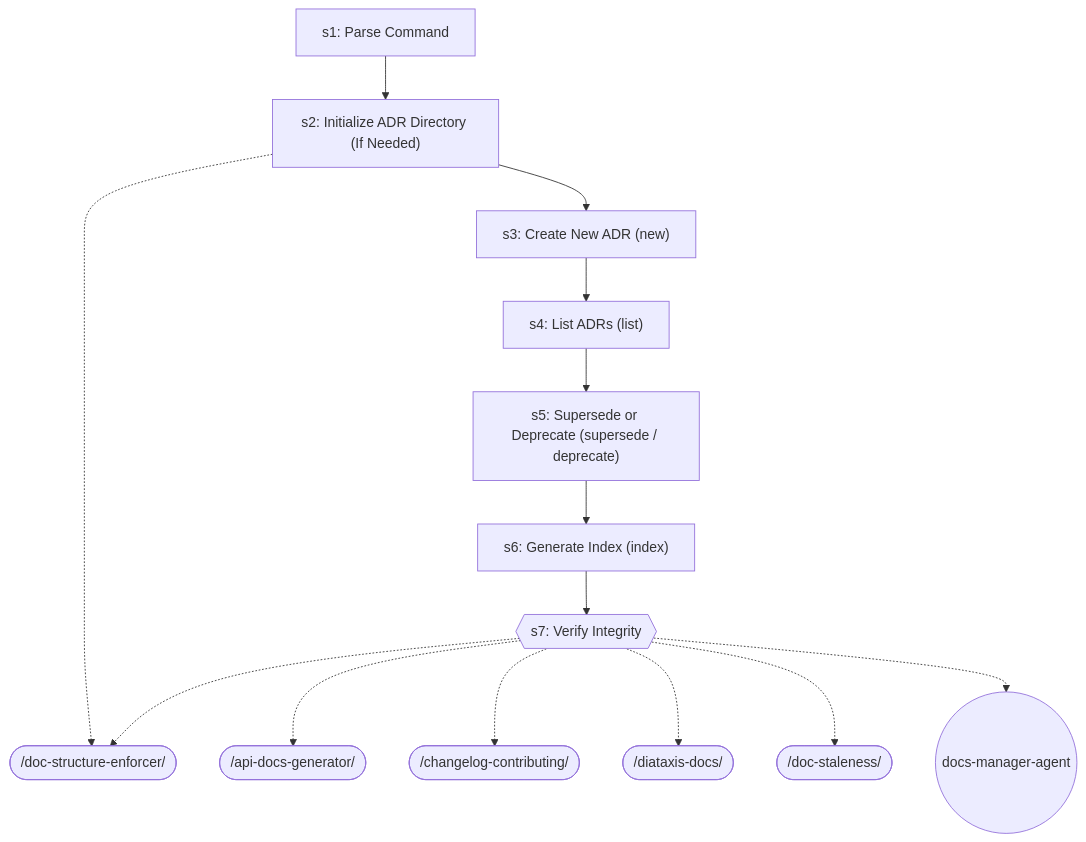
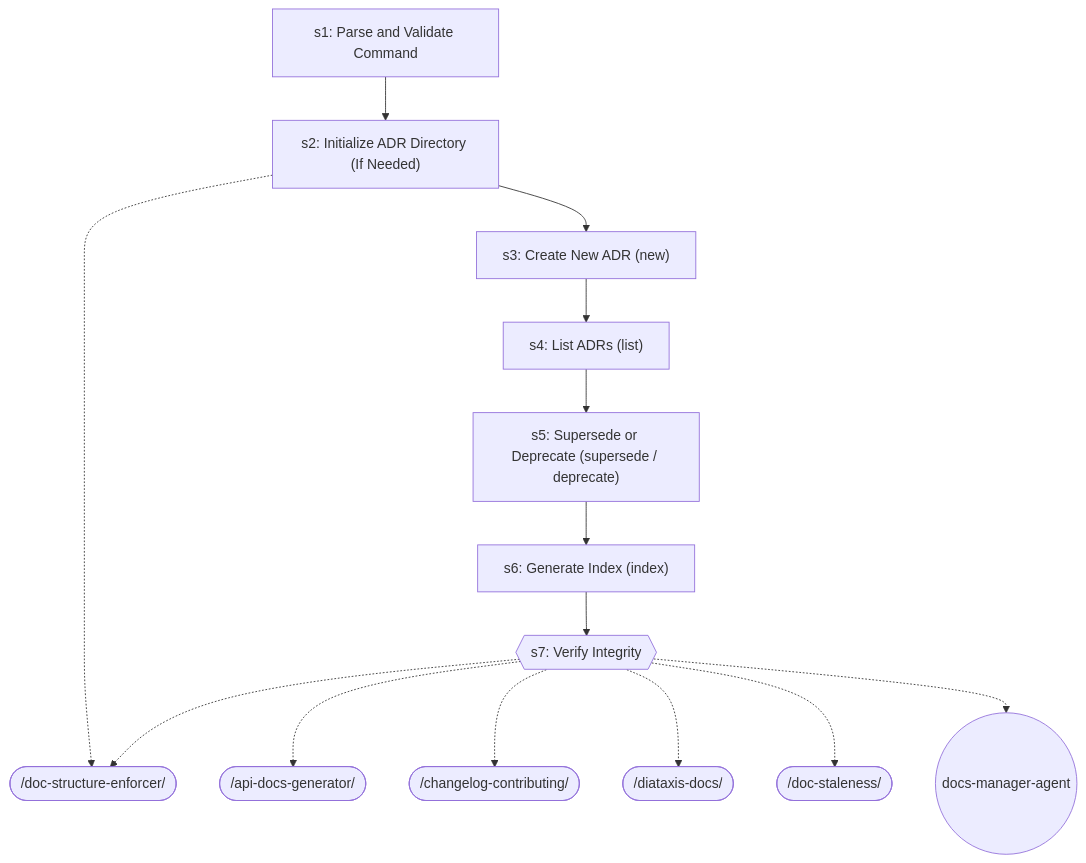
The fifth of 12 diagrams in docs/workflows/documentation.md (abhayla/claude-best-practices), drawn with Mermaid before and after one commit. The commit also changed other lines of this file and 12 other files, not shown here.

````diff
--- a/docs/workflows/documentation.md
+++ b/docs/workflows/documentation.md
@@ -505,30 +505,30 @@
 ```mermaid
 graph TD
-    s1["s1: Parse Command"]
+    s1["s1: Parse and Validate Command"]
     s2["s2: Initialize ADR Directory (If Needed)"]
     s1 --> s2
     doc_structure_enforcer_ext([/doc-structure-enforcer/])
     s2 -.-> doc_structure_enforcer_ext
     s3["s3: Create New ADR (new)"]
     s2 --> s3
     s4["s4: List ADRs (list)"]
     s3 --> s4
     s5["s5: Supersede or Deprecate (supersede / deprecate)"]
     s4 --> s5
     s6["s6: Generate Index (index)"]
     s5 --> s6
     s7{{s7: Verify Integrity}}
     s6 --> s7
     api_docs_generator_ext([/api-docs-generator/])
     s7 -.-> api_docs_generator_ext
     changelog_contributing_ext([/changelog-contributing/])
     s7 -.-> changelog_contributing_ext
     diataxis_docs_ext([/diataxis-docs/])
     s7 -.-> diataxis_docs_ext
     doc_staleness_ext([/doc-staleness/])
     s7 -.-> doc_staleness_ext
     doc_structure_enforcer_ext([/doc-structure-enforcer/])
     s7 -.-> doc_structure_enforcer_ext
     docs_manager_agent_ext((docs-manager-agent))
     s7 -.-> docs_manager_agent_ext
 ```
````
